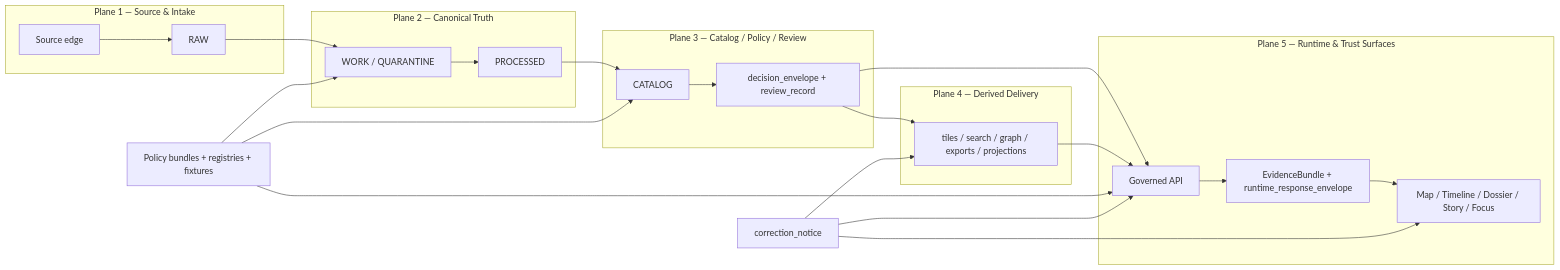
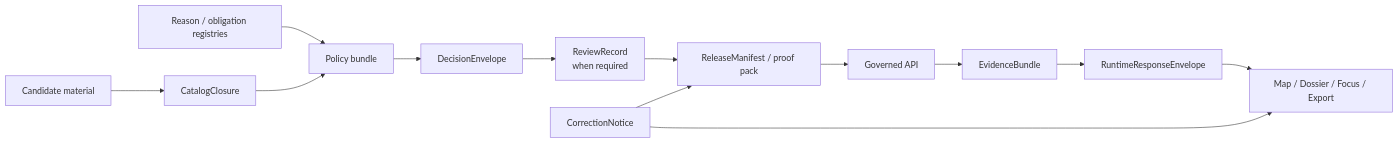
One commit to bartytime4life/Kansas-Frontier-Matrix changed the diagram in policy/README.md. Above: the diagram before and after it, drawn with Mermaid. The commit also changed other lines of this file, not shown here.

````diff
--- a/policy/README.md
+++ b/policy/README.md
@@ -309,42 +260,15 @@
 ```mermaid
 flowchart LR
-  subgraph P1[Plane 1 — Source & Intake]
-    SE[Source edge]
-    RAW[RAW]
-  end
-
-  subgraph P2[Plane 2 — Canonical Truth]
-    WQ[WORK / QUARANTINE]
-    PROC[PROCESSED]
-  end
-
-  subgraph P3[Plane 3 — Catalog / Policy / Review]
-    CAT[CATALOG]
-    DEC[decision_envelope + review_record]
-  end
-
-  subgraph P4[Plane 4 — Derived Delivery]
-    DER[tiles / search / graph / exports / projections]
-  end
-
-  subgraph P5[Plane 5 — Runtime & Trust Surfaces]
-    API[Governed API]
-    EV[EvidenceBundle + runtime_response_envelope]
-    UI[Map / Timeline / Dossier / Story / Focus]
-  end
-
-  SE --> RAW --> WQ --> PROC --> CAT
-  CAT --> DEC
-  DEC --> DER
-  DEC --> API
-  DER --> API
-  API --> EV --> UI
-
-  POL[Policy bundles + registries + fixtures] --> WQ
-  POL --> CAT
-  POL --> API
-
-  CORR[correction_notice] --> DER
-  CORR --> API
-  CORR --> UI
+  Candidate[Candidate material] --> Closure[CatalogClosure]
+  Registries[Reason / obligation registries] --> Bundle[Policy bundle]
+  Closure --> Bundle
+  Bundle --> Decision[DecisionEnvelope]
+  Decision --> Review[ReviewRecord<br/>when required]
+  Review --> Release[ReleaseManifest / proof pack]
+  Release --> API[Governed API]
+  API --> Evidence[EvidenceBundle]
+  Evidence --> Runtime[RuntimeResponseEnvelope]
+  Runtime --> Surfaces[Map / Dossier / Focus / Export]
+  Correction[CorrectionNotice] --> Release
+  Correction --> Surfaces
 ```
````
